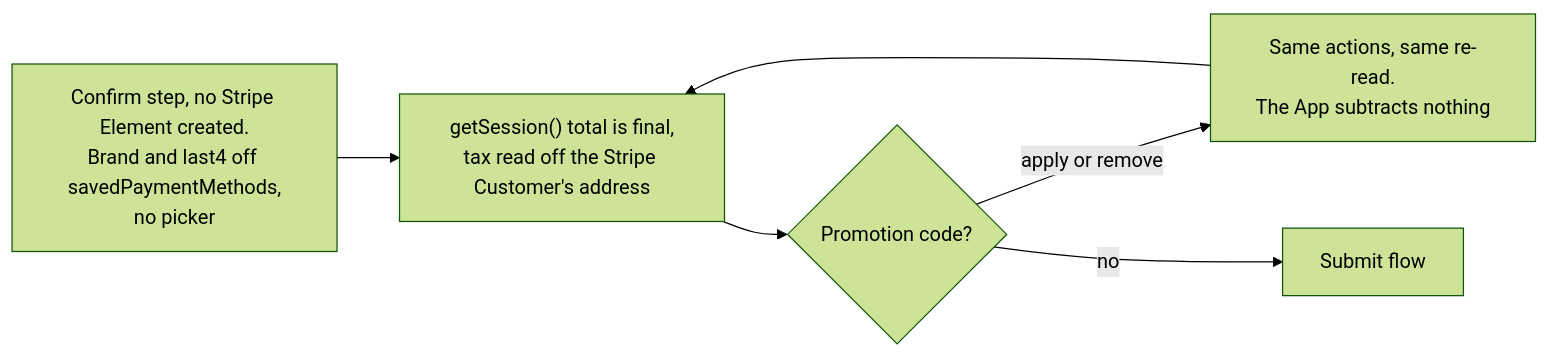
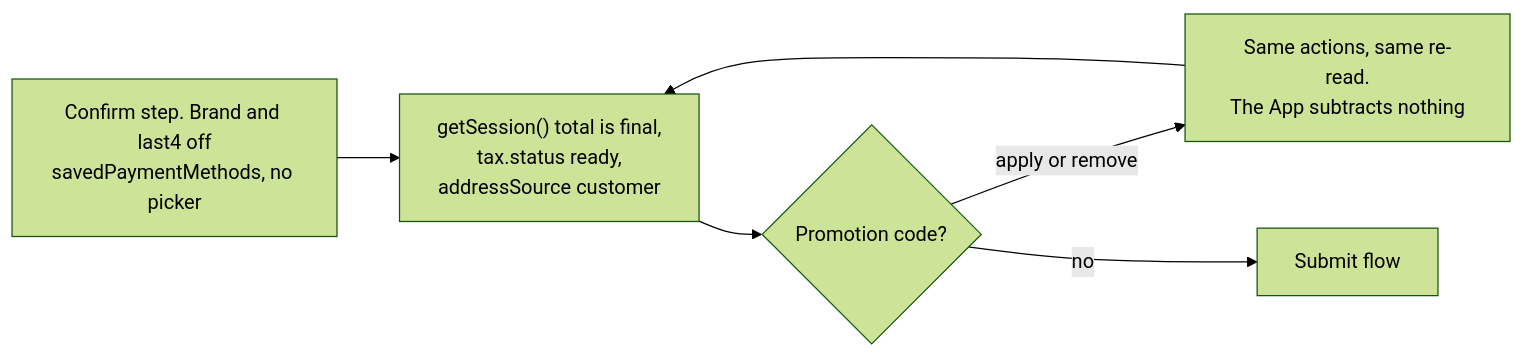
Before and after one commit to websanova/starter-flows: the second of 2 diagrams in public/specs/flows/subscription/stripe/Create2UserAction.md, drawn with Mermaid (forest theme). The commit also changed other lines of this file, not shown here.

Commit message:
Update create 2 flow to new cleaned up format).

````diff
--- a/public/specs/flows/subscription/stripe/Create2UserAction.md
+++ b/public/specs/flows/subscription/stripe/Create2UserAction.md
@@ -65,8 +70,8 @@
 ```mermaid
 flowchart LR
-    M1["Confirm step, no Stripe Element created.<br/>Brand and last4 off savedPaymentMethods,<br/>no picker"] --> M2["getSession() total is final,<br/>tax read off the Stripe Customer's address"]
+    M1["Confirm step. Brand and last4 off<br/>savedPaymentMethods, no picker"] --> M2["getSession() total is final,<br/>tax.status ready,<br/>addressSource customer"]
     M2 --> M3{Promotion code?}
     M3 -->|apply or remove| M4["Same actions, same re-read.<br/>The App subtracts nothing"]
     M4 --> M2
     M3 -->|no| N[Submit flow]
 ```
````
